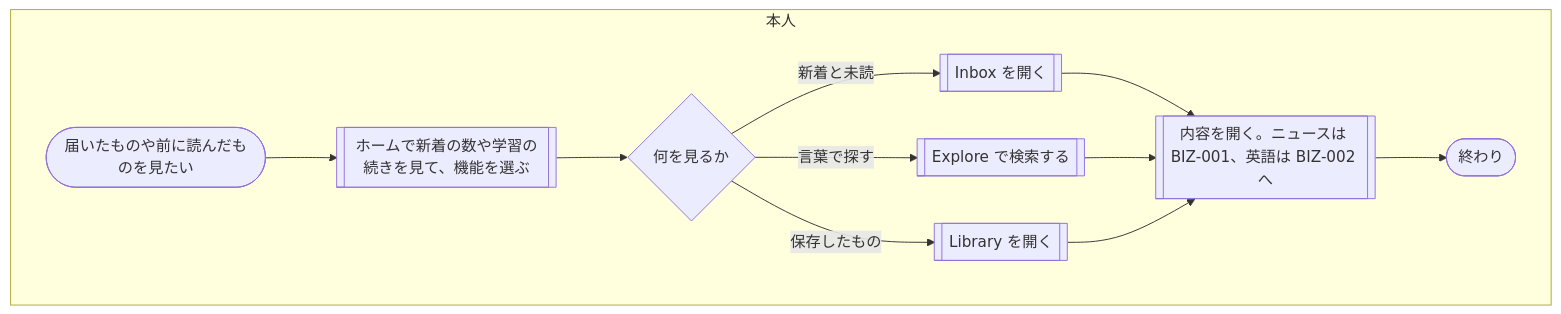
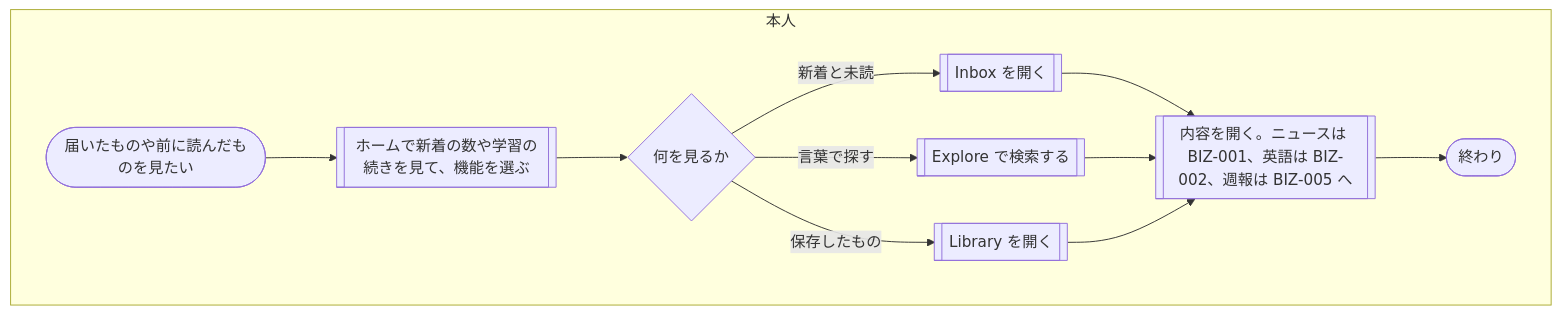
The fourth of 6 diagrams in docs/upstream/rd/RD-03-business-requirements.md (shota-urano/nexus), drawn with Mermaid before and after one commit. The commit also changed other lines of this file and 41 other files, not shown here.

````diff
--- a/docs/upstream/rd/RD-03-business-requirements.md
+++ b/docs/upstream/rd/RD-03-business-requirements.md
@@ -96,13 +98,13 @@
 ```mermaid
 flowchart TB
   subgraph 本人
     S0([届いたものや前に読んだものを見たい]) --> H[[ホームで新着の数や学習の続きを見て、機能を選ぶ]] --> S1{何を見るか}
     S1 -- 新着と未読 --> S2[[Inbox を開く]]
     S1 -- 言葉で探す --> S3[[Explore で検索する]]
     S1 -- 保存したもの --> S4[[Library を開く]]
-    S2 --> S5[[内容を開く。ニュースは BIZ-001、英語は BIZ-002 へ]]
+    S2 --> S5[[内容を開く。ニュースは BIZ-001、英語は BIZ-002、週報は BIZ-005 へ]]
     S3 --> S5
     S4 --> S5
     S5 --> E1([終わり])
   end
 ```
````
